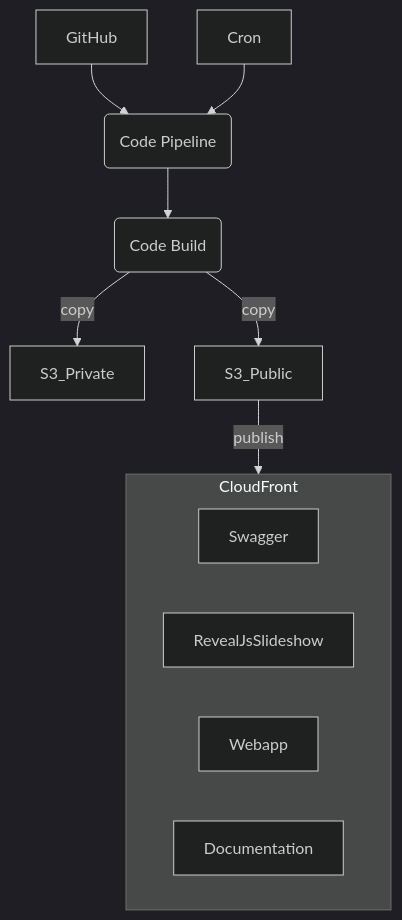
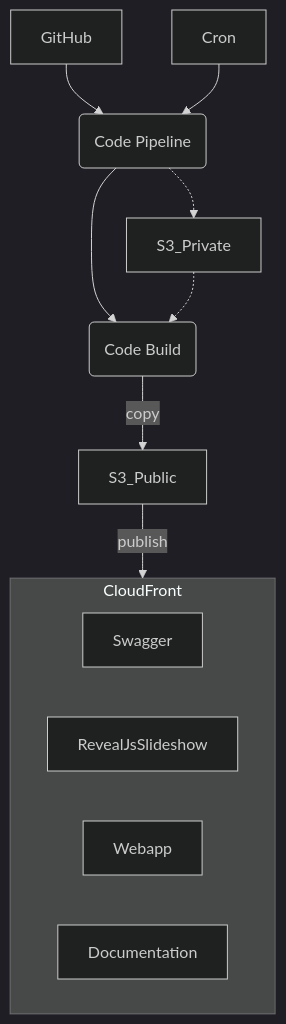
One commit to CDLUC3/mrt-doc changed the third of 6 diagrams in design/aws-build/README.md. Above: the diagram before and after it, drawn with Mermaid (dark theme). The commit also changed other lines of this file, not shown here.

````diff
--- a/design/aws-build/README.md
+++ b/design/aws-build/README.md
@@ -68,19 +71,20 @@
 ```mermaid
 graph TD
   GitHub --> Pipeline
   Cron --> Pipeline
   Pipeline(Code Pipeline)
   Pipeline --> Build
+  Pipeline -.-> S3_Private
+  S3_Private -.-> Build
   Build(Code Build)
   S3_Private
   S3_Public
   Build --> |copy| S3_Public
   S3_Public --> |publish| CloudFront
-  Build --> |copy| S3_Private
   subgraph CloudFront
     Swagger
     RevealJsSlideshow
     Webapp
     Documentation
   end
 ```
````
